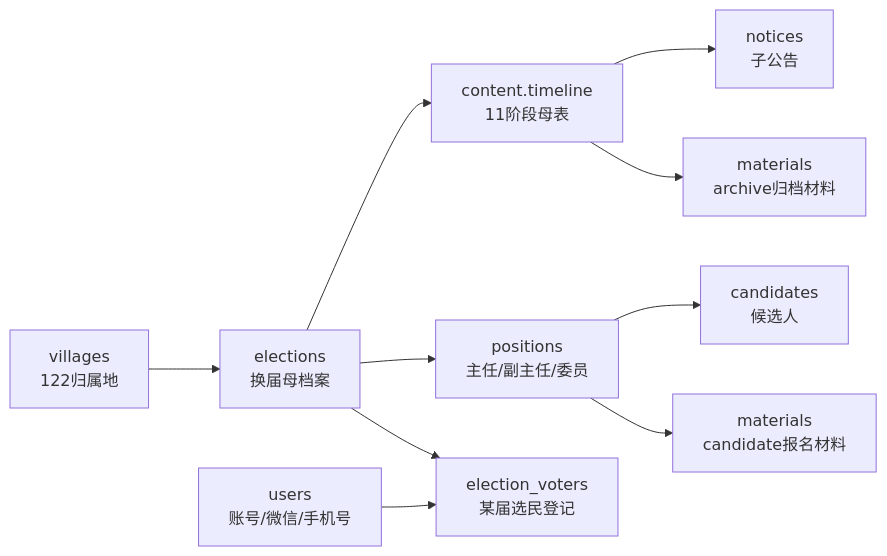
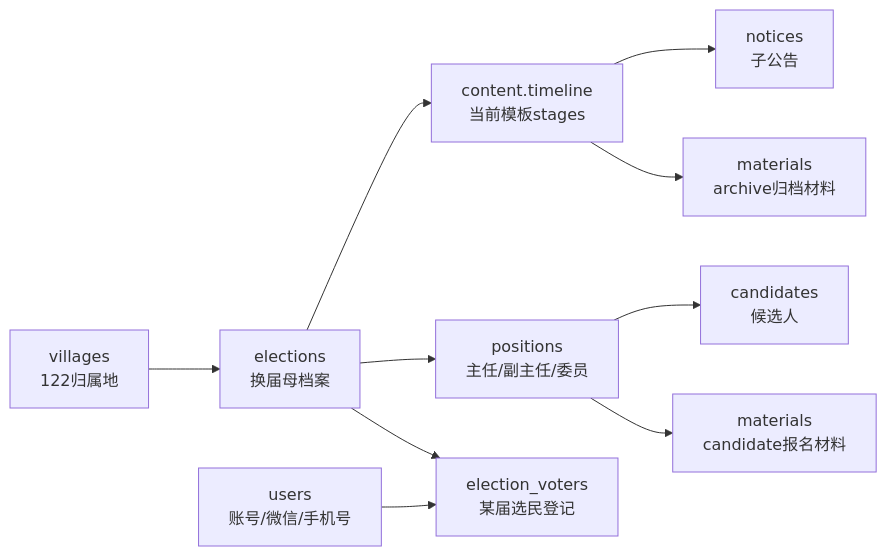
One commit to 4xiaxia/election-v2 changed the first of 4 diagrams in 副船长的航海接力日志/当前接力图.md. Above: the diagram before and after it, drawn with Mermaid. The commit also changed other lines of this file and 5 other files, not shown here.

Commit message:
docs: clarify timeline template variants

````diff
--- a/副船长的航海接力日志/当前接力图.md
+++ b/副船长的航海接力日志/当前接力图.md
@@ -7,12 +7,12 @@
 ```mermaid
 flowchart LR
     V[villages<br/>122归属地] --> E[elections<br/>换届母档案]
-    E --> T[content.timeline<br/>11阶段母表]
+    E --> T[content.timeline<br/>当前模板stages]
     E --> P[positions<br/>主任/副主任/委员]
     P --> C[candidates<br/>候选人]
     P --> M1[materials<br/>candidate报名材料]
     T --> N[notices<br/>子公告]
     T --> M2[materials<br/>archive归档材料]
     U[users<br/>账号/微信/手机号] --> EV[election_voters<br/>某届选民登记]
     E --> EV
 ```
````
